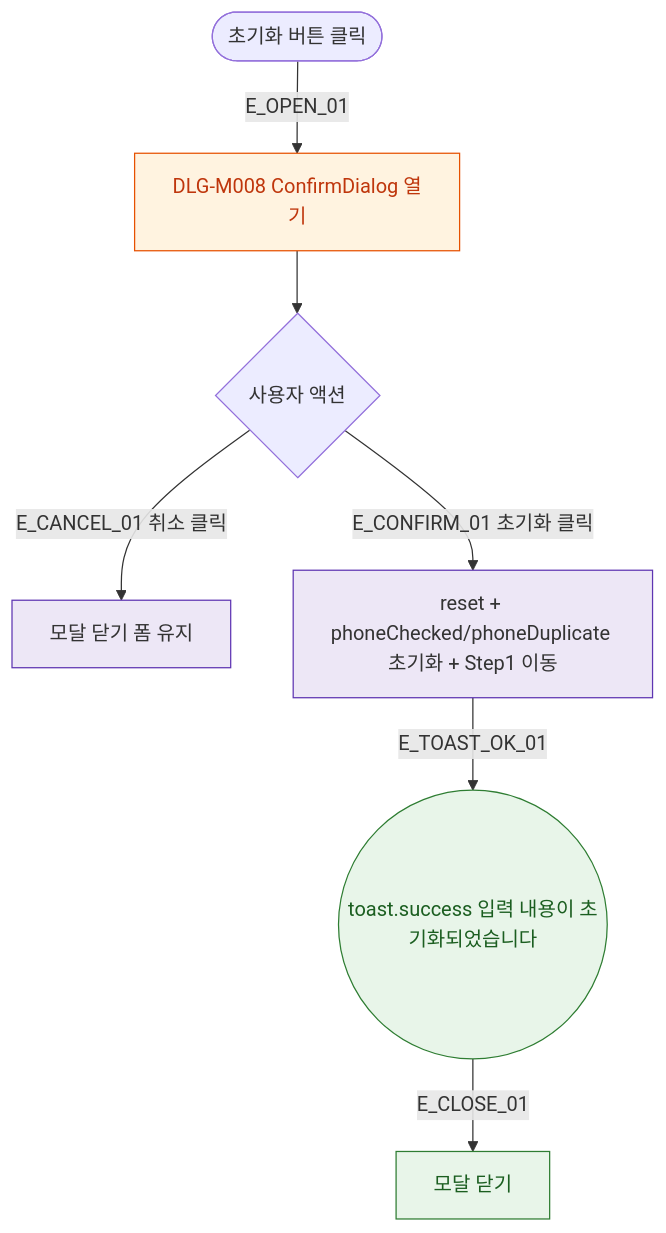
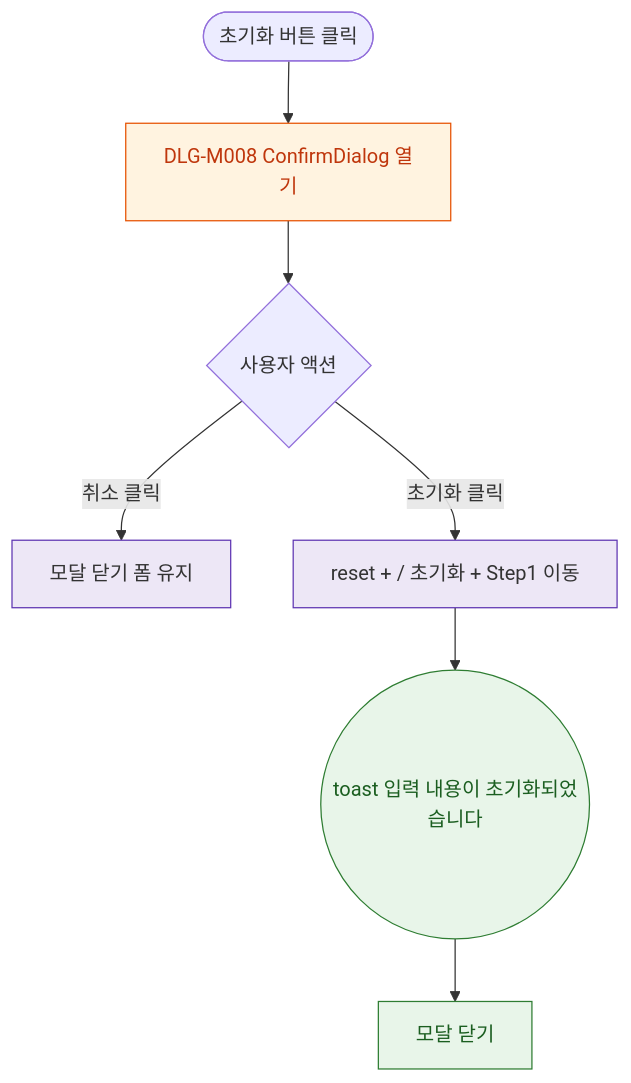
The diagram in docs/다이어그램/D02_회원관리/DLG/DLG-M008_초기화확인/M1_생명주기.md (dev-spogym/admin-pando), drawn with Mermaid before and after one commit. The commit also changed other lines of this file and 1660 other files, not shown here.

First line of the commit message:
다이어그램: 기획자/클라이언트 납품본으로 정리

````diff
--- a/docs/다이어그램/D02_회원관리/DLG/DLG-M008_초기화확인/M1_생명주기.md
+++ b/docs/다이어그램/D02_회원관리/DLG/DLG-M008_초기화확인/M1_생명주기.md
@@ -22,22 +20,22 @@
 ```mermaid
 flowchart TD
   TRIGGER([초기화 버튼 클릭])
 
-  TRIGGER -->|E_OPEN_01| DLG_OPEN[DLG-M008 ConfirmDialog 열기]
+  TRIGGER --> DLG_OPEN[DLG-M008 ConfirmDialog 열기]
 
   DLG_OPEN --> USER_ACT{사용자 액션}
 
-  USER_ACT -->|E_CANCEL_01 취소 클릭| CLOSE[모달 닫기 폼 유지]
-  USER_ACT -->|E_CONFIRM_01 초기화 클릭| RESET_ACTION[reset + phoneChecked/phoneDuplicate 초기화 + Step1 이동]
+  USER_ACT -->|취소 클릭|CLOSE[모달 닫기 폼 유지]
+  USER_ACT -->|초기화 클릭|RESET_ACTION[reset + / 초기화 + Step1 이동]
 
-  RESET_ACTION -->|E_TOAST_OK_01| TOAST_OK((toast.success 입력 내용이 초기화되었습니다))
-  TOAST_OK     -->|E_CLOSE_01| CLOSE2[모달 닫기]
+  RESET_ACTION --> TOAST_OK((toast 입력 내용이 초기화되었습니다))
+  TOAST_OK --> CLOSE2[모달 닫기]
 
-  classDef modal   fill:#FFF3E0,stroke:#E65100,color:#BF360C
+  classDef modal fill:#FFF3E0,stroke:#E65100,color:#BF360C
   classDef success fill:#E8F5E9,stroke:#2E7D32,color:#1B5E20
-  classDef system  fill:#EDE7F6,stroke:#5E35B2
+  classDef system fill:#EDE7F6,stroke:#5E35B2
 
   class DLG_OPEN modal
   class TOAST_OK,CLOSE2 success
   class RESET_ACTION,CLOSE system
 ```
````
